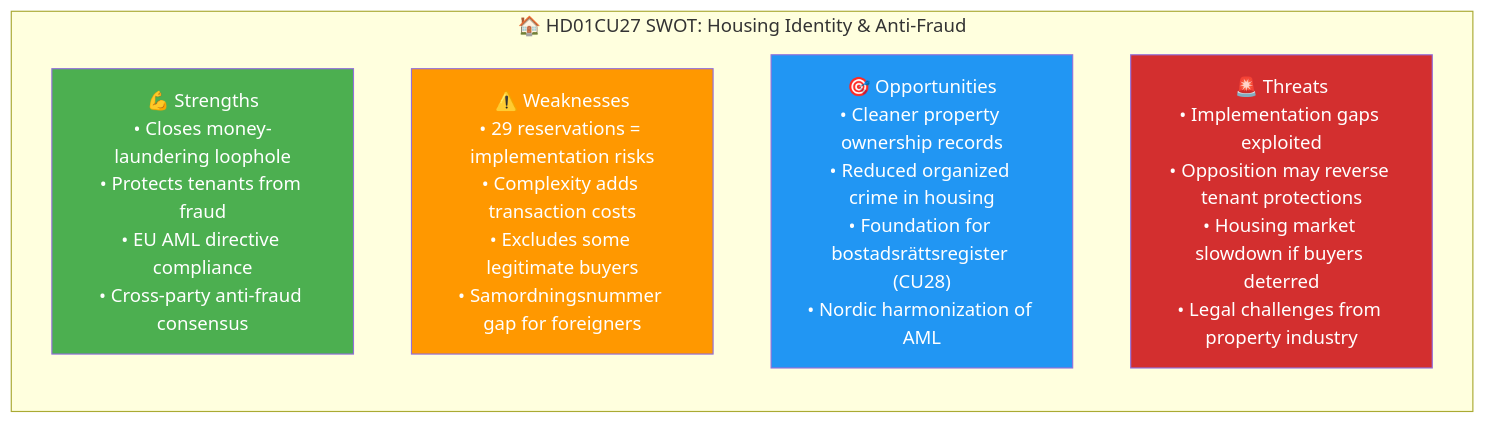
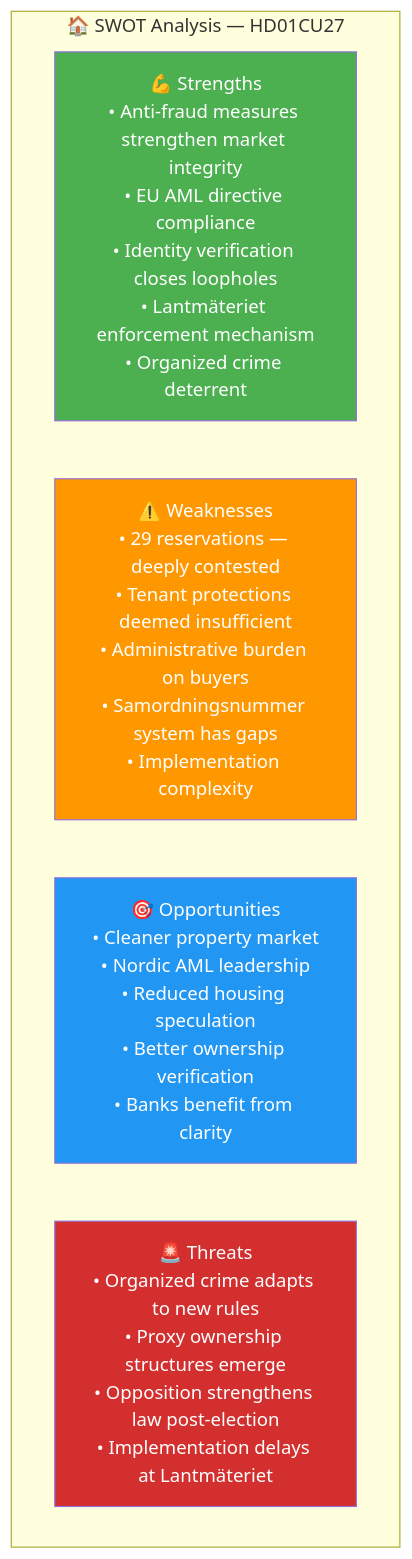
Before and after one commit to Hack23/riksdagsmonitor: the diagram in analysis/daily/2026-04-20/committeeReports/documents/HD01CU27-analysis.md, drawn with Mermaid. The commit also changed other lines of this file and 14 other files, not shown here.

````diff
--- a/analysis/daily/2026-04-20/committeeReports/documents/HD01CU27-analysis.md
+++ b/analysis/daily/2026-04-20/committeeReports/documents/HD01CU27-analysis.md
@@ -52,13 +87,13 @@
 ```mermaid
-graph LR
-    subgraph "🏠 HD01CU27 SWOT: Housing Identity & Anti-Fraud"
-        S["💪 Strengths<br/>• Closes money-laundering loophole<br/>• Protects tenants from fraud<br/>• EU AML directive compliance<br/>• Cross-party anti-fraud consensus"]
-        W["⚠️ Weaknesses<br/>• 29 reservations = implementation risks<br/>• Complexity adds transaction costs<br/>• Excludes some legitimate buyers<br/>• Samordningsnummer gap for foreigners"]
-        O["🎯 Opportunities<br/>• Cleaner property ownership records<br/>• Reduced organized crime in housing<br/>• Foundation for bostadsrättsregister (CU28)<br/>• Nordic harmonization of AML"]
-        T["🚨 Threats<br/>• Implementation gaps exploited<br/>• Opposition may reverse tenant protections<br/>• Housing market slowdown if buyers deterred<br/>• Legal challenges from property industry"]
+graph TD
+    subgraph "🏠 SWOT Analysis — HD01CU27"
+        S["💪 Strengths<br/>• Anti-fraud measures strengthen market integrity<br/>• EU AML directive compliance<br/>• Identity verification closes loopholes<br/>• Lantmäteriet enforcement mechanism<br/>• Organized crime deterrent"]
+        W["⚠️ Weaknesses<br/>• 29 reservations — deeply contested<br/>• Tenant protections deemed insufficient<br/>• Administrative burden on buyers<br/>• Samordningsnummer system has gaps<br/>• Implementation complexity"]
+        O["🎯 Opportunities<br/>• Cleaner property market<br/>• Nordic AML leadership<br/>• Reduced housing speculation<br/>• Better ownership verification<br/>• Banks benefit from clarity"]
+        T["🚨 Threats<br/>• Organized crime adapts to new rules<br/>• Proxy ownership structures emerge<br/>• Opposition strengthens law post-election<br/>• Implementation delays at Lantmäteriet"]
     end
     style S fill:#4CAF50,color:#fff
     style W fill:#FF9800,color:#fff
     style O fill:#2196F3,color:#fff
     style T fill:#D32F2F,color:#fff
 ```
````
